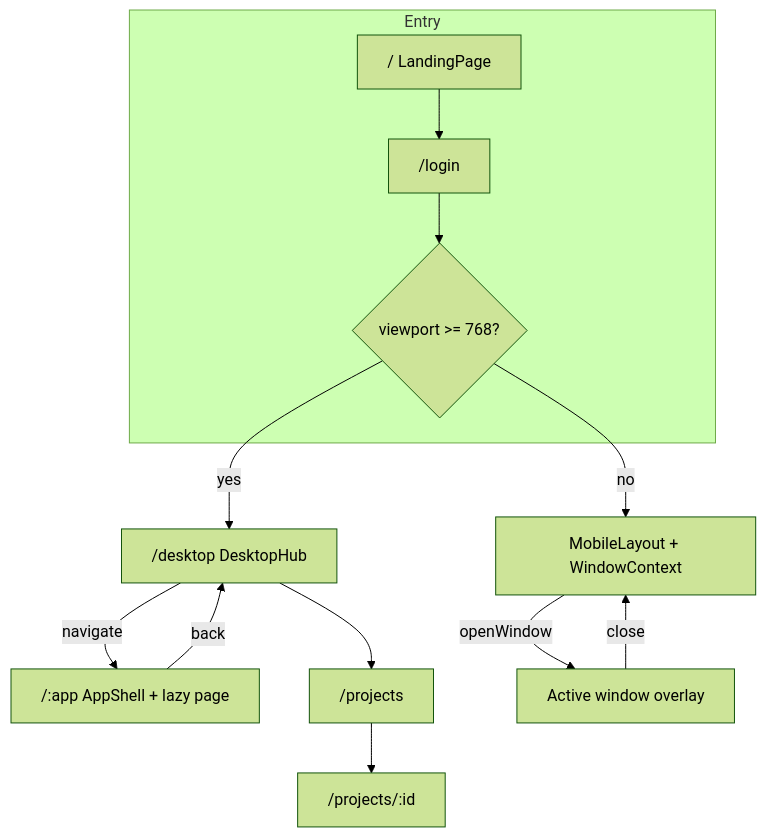
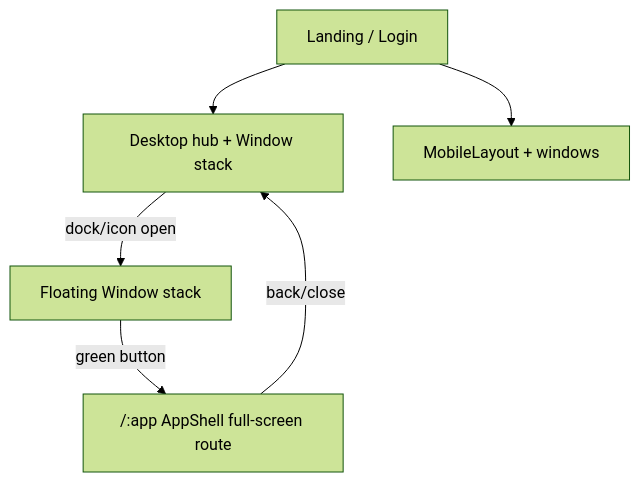
One commit to shourya0523/Personal-Website changed the diagram in docs/plans/2026-07-30-001-refactor-fullscreen-apps-redesign-plan.md. Above: the diagram before and after it, drawn with Mermaid (forest theme). The commit also changed other lines of this file, not shown here.

First line of the commit message:
docs: clarify green button opens fullscreen page

````diff
--- a/docs/plans/2026-07-30-001-refactor-fullscreen-apps-redesign-plan.md
+++ b/docs/plans/2026-07-30-001-refactor-fullscreen-apps-redesign-plan.md
@@ -178,18 +167,8 @@
 ```mermaid
 flowchart TB
-  subgraph entry [Entry]
-    L["/ LandingPage"] --> Login["/login"]
-    Login --> Shell{"viewport >= 768?"}
-  end
-
-  Shell -->|yes| Hub["/desktop DesktopHub"]
-  Shell -->|no| Mobile["MobileLayout + WindowContext"]
-
-  Hub -->|navigate| AppRoute["/:app AppShell + lazy page"]
-  AppRoute -->|back| Hub
-  Hub --> Projects["/projects"]
-  Projects --> Detail["/projects/:id"]
-
-  Mobile -->|openWindow| MobWin["Active window overlay"]
-  MobWin -->|close| Mobile
+  Entry["Landing / Login"] --> Hub["Desktop hub + Window stack"]
+  Hub -->|dock/icon open| Float["Floating Window stack"]
+  Float -->|green button| FS["/:app AppShell full-screen route"]
+  FS -->|back/close| Hub
+  Entry --> Mobile["MobileLayout + windows"]
 ```
````
